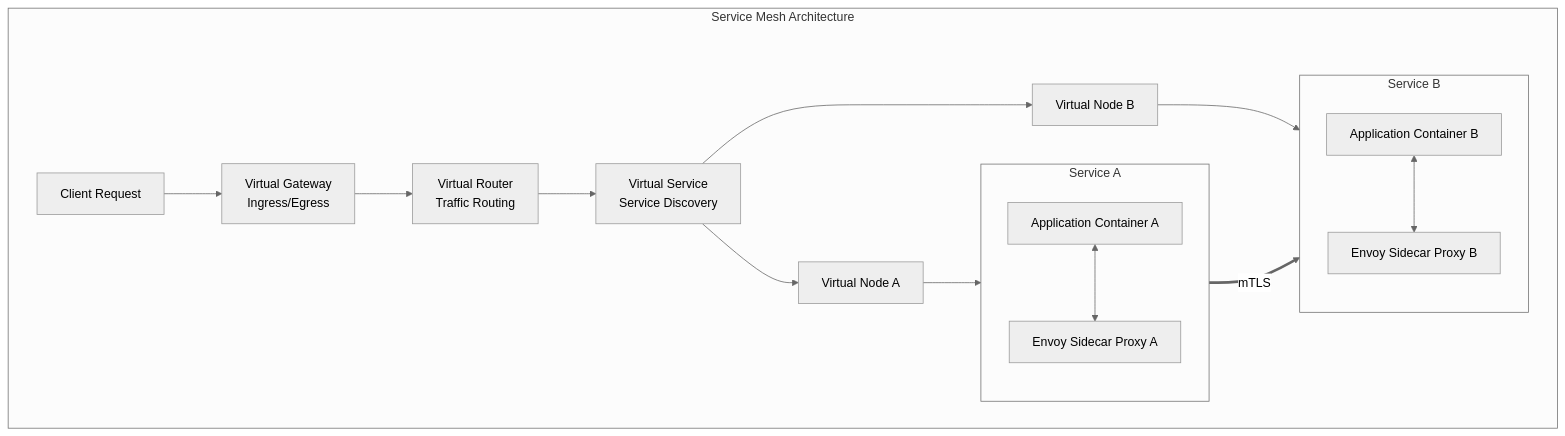
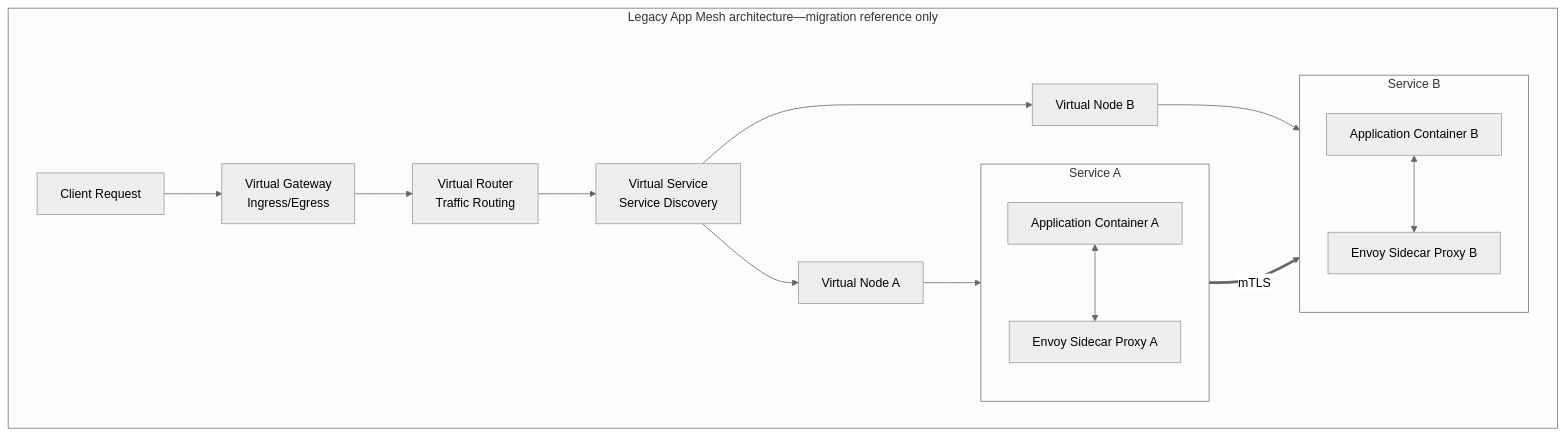
The second of 2 diagrams in DevOps/ECS-EKS-Best-Practices.md (AlexanderBesss/AWS_best_praactices), drawn with Mermaid (neutral theme) before and after one commit. The commit also changed other lines of this file and 31 other files, not shown here.

````diff
--- a/DevOps/ECS-EKS-Best-Practices.md
+++ b/DevOps/ECS-EKS-Best-Practices.md
@@ -191,29 +197,29 @@
 ```mermaid
 graph TB
-    subgraph Mesh["Service Mesh Architecture"]
+    subgraph Mesh["Legacy App Mesh architecture—migration reference only"]
         Client["Client Request"] --> Gateway["Virtual Gateway<br/>Ingress/Egress"]
         Gateway --> Router["Virtual Router<br/>Traffic Routing"]
         Router --> VS["Virtual Service<br/>Service Discovery"]
 
         subgraph ServiceA["Service A"]
             direction TB
             AppA["Application Container A"]
             EnvoyA["Envoy Sidecar Proxy A"]
             AppA <--> EnvoyA
         end
 
         subgraph ServiceB["Service B"]
             direction TB
             AppB["Application Container B"]
             EnvoyB["Envoy Sidecar Proxy B"]
             AppB <--> EnvoyB
         end
 
         VS --> VN1["Virtual Node A"]
         VS --> VN2["Virtual Node B"]
         VN1 --> EnvoyA
         VN2 --> EnvoyB
 
         EnvoyA ==>|mTLS| EnvoyB
     end
 ```
````
